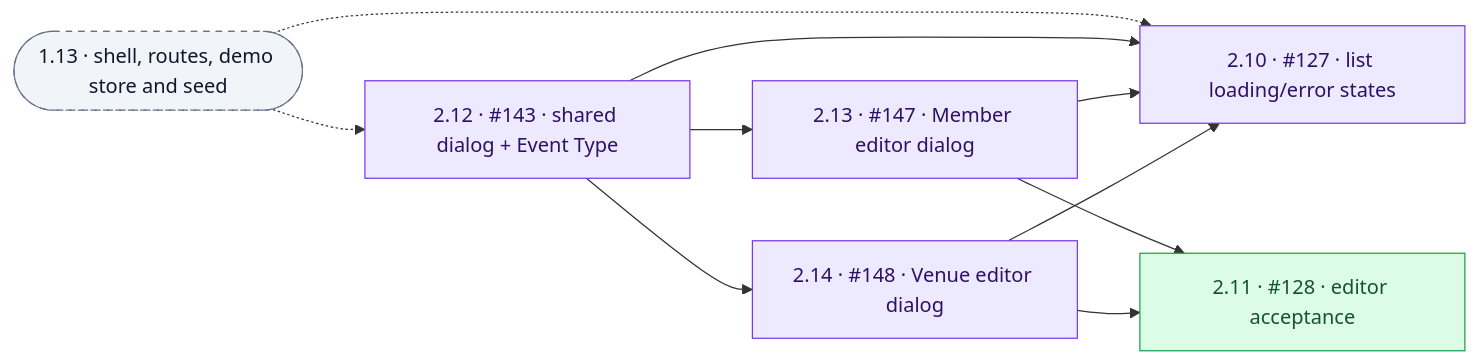
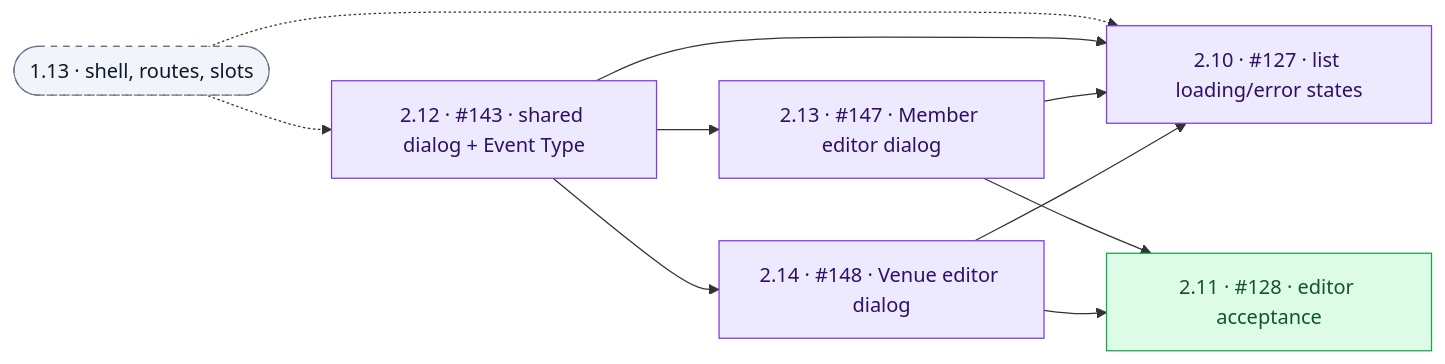
Before and after one commit to skaarfundgandr/attendta: the fourth of 10 diagrams in _bmad-output/initiative-attendta/dependency-graphs-demo-first.md, drawn with Mermaid. The commit also changed other lines of this file and 60 other files, not shown here.

````diff
--- a/_bmad-output/initiative-attendta/dependency-graphs-demo-first.md
+++ b/_bmad-output/initiative-attendta/dependency-graphs-demo-first.md
@@ -214,23 +236,23 @@
 ```mermaid
 flowchart LR
   t2_12["2.12 · #143 · shared dialog + Event Type"]:::polish
   t2_13["2.13 · #147 · Member editor dialog"]:::polish
   t2_14["2.14 · #148 · Venue editor dialog"]:::polish
   t2_10["2.10 · #127 · list loading/error states"]:::polish
   t2_11["2.11 · #128 · editor acceptance"]:::finale
-  xt1_13(["1.13 · shell, routes, demo store and seed"]):::ext
+  xt1_13(["1.13 · shell, routes, slots"]):::ext
   xt1_13 -.-> t2_12
   xt1_13 -.-> t2_10
   t2_12 --> t2_13
   t2_12 --> t2_14
   t2_12 --> t2_10
   t2_13 --> t2_10
   t2_13 --> t2_11
   t2_14 --> t2_10
   t2_14 --> t2_11
   classDef critical fill:#dbeafe,stroke:#2563eb,color:#172554
   classDef polish fill:#ede9fe,stroke:#7c3aed,color:#2e1065
   classDef integration fill:#fef3c7,stroke:#d97706,color:#451a03
   classDef finale fill:#dcfce7,stroke:#16a34a,color:#14532d
   classDef ext fill:#f1f5f9,stroke:#64748b,color:#0f172a,stroke-dasharray:5 5
 ```
````
